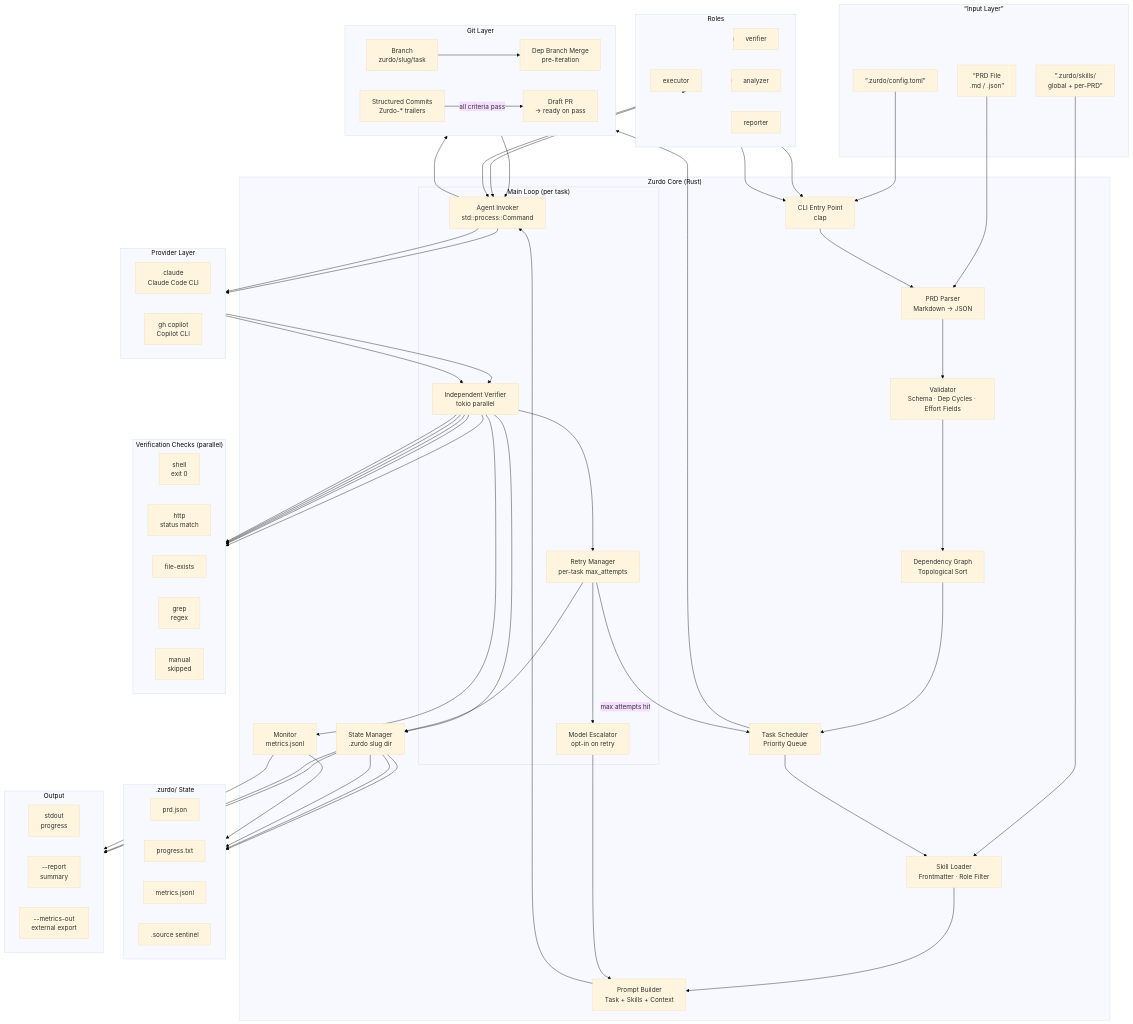
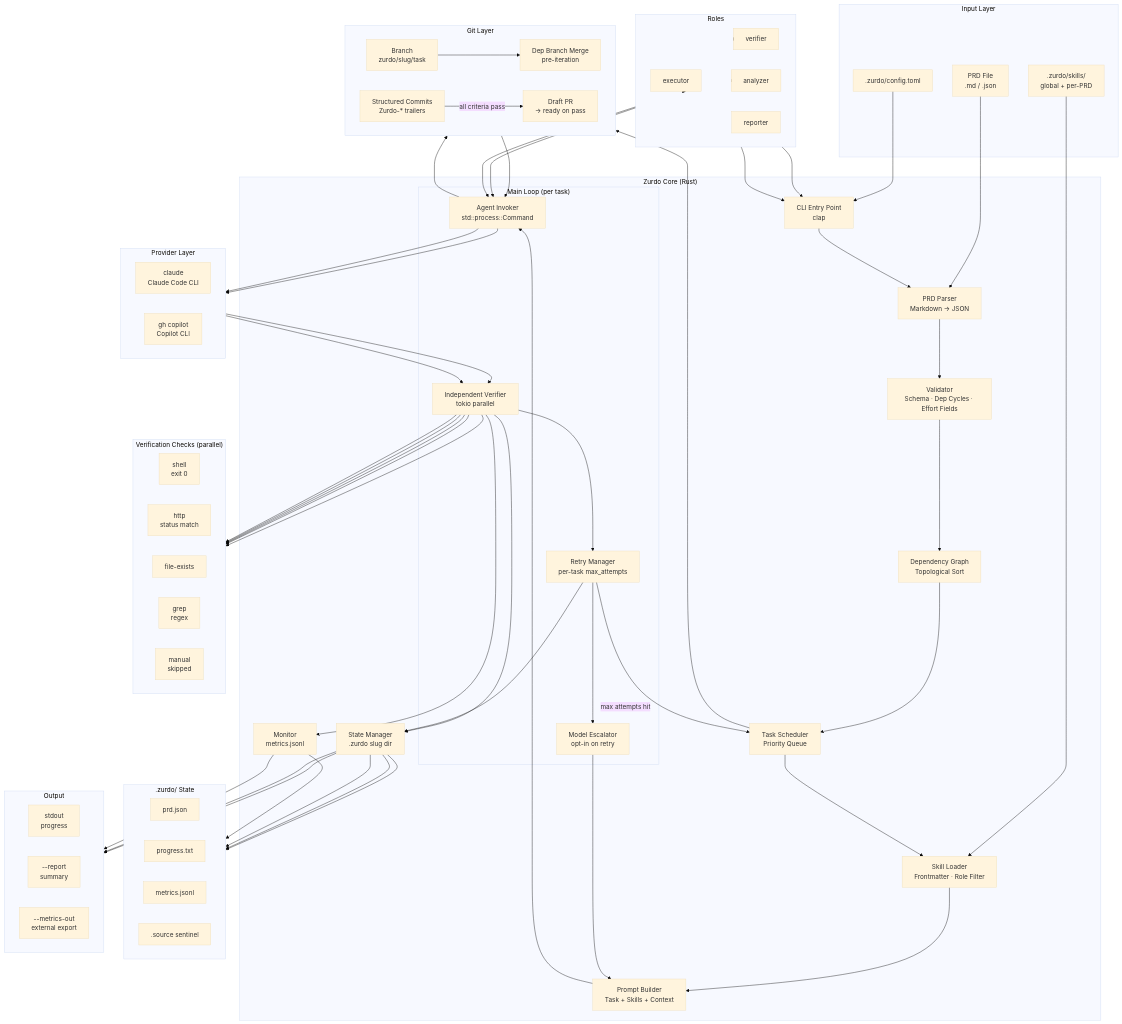
Before and after one commit to ElOrlis/zurdo: the diagram in specs/architecture.md, drawn with Mermaid (base theme).

````diff
--- a/specs/architecture.md
+++ b/specs/architecture.md
@@ -1,113 +1,113 @@
 ```mermaid
 flowchart TD
-subgraph INPUT[“Input Layer”]
-PRD[“PRD File\n.md / .json”]
-CONFIG[”.zurdo/config.toml”]
-SKILLS[”.zurdo/skills/\nglobal + per-PRD”]
-end
-
-subgraph CORE["Zurdo Core (Rust)"]
-    CLI["CLI Entry Point\nclap"]
-    PARSER["PRD Parser\nMarkdown → JSON"]
-    VALIDATOR["Validator\nSchema · Dep Cycles · Effort Fields"]
-    DEPGRAPH["Dependency Graph\nTopological Sort"]
-    SCHEDULER["Task Scheduler\nPriority Queue"]
-    SKILLLOADER["Skill Loader\nFrontmatter · Role Filter"]
-    PROMPTBUILDER["Prompt Builder\nTask + Skills + Context"]
-
-    subgraph LOOP["Main Loop (per task)"]
-        AGENT["Agent Invoker\nstd::process::Command"]
-        VERIFIER["Independent Verifier\ntokio parallel"]
-        RETRY["Retry Manager\nper-task max_attempts"]
-        ESCALATOR["Model Escalator\nopt-in on retry"]
+    subgraph INPUT["Input Layer"]
+        PRD["PRD File\n.md / .json"]
+        CONFIG[".zurdo/config.toml"]
+        SKILLS[".zurdo/skills/\nglobal + per-PRD"]
     end
 
-    STATEMGR["State Manager\n.zurdo slug dir"]
-    MONITOR["Monitor\nmetrics.jsonl"]
-end
+    subgraph CORE["Zurdo Core (Rust)"]
+        CLI["CLI Entry Point\nclap"]
+        PARSER["PRD Parser\nMarkdown → JSON"]
+        VALIDATOR["Validator\nSchema · Dep Cycles · Effort Fields"]
+        DEPGRAPH["Dependency Graph\nTopological Sort"]
+        SCHEDULER["Task Scheduler\nPriority Queue"]
+        SKILLLOADER["Skill Loader\nFrontmatter · Role Filter"]
+        PROMPTBUILDER["Prompt Builder\nTask + Skills + Context"]
 
-subgraph PROVIDERS["Provider Layer"]
-    direction LR
-    CLAUDE["claude\nClaude Code CLI"]
-    COPILOT["gh copilot\nCopilot CLI"]
-end
+        subgraph LOOP["Main Loop (per task)"]
+            AGENT["Agent Invoker\nstd::process::Command"]
+            VERIFIER["Independent Verifier\ntokio parallel"]
+            RETRY["Retry Manager\nper-task max_attempts"]
+            ESCALATOR["Model Escalator\nopt-in on retry"]
+        end
 
-subgraph ROLES["Roles"]
-    direction LR
-    EXECUTOR["executor"]
-    VERIFIERROLE["verifier"]
-    ANALYZER["analyzer"]
-    REPORTER["reporter"]
-end
+        STATEMGR["State Manager\n.zurdo slug dir"]
+        MONITOR["Monitor\nmetrics.jsonl"]
+    end
 
-subgraph CHECKS["Verification Checks (parallel)"]
-    direction LR
-    SHELL["shell\nexit 0"]
-    HTTP["http\nstatus match"]
-    FILECHECK["file-exists"]
-    GREP["grep\nregex"]
-    MANUAL["manual\nskipped"]
-end
+    subgraph PROVIDERS["Provider Layer"]
+        direction LR
+        CLAUDE["claude\nClaude Code CLI"]
+        COPILOT["gh copilot\nCopilot CLI"]
+    end
+	
+	subgraph ROLES["Roles"]
+        direction LR
+        EXECUTOR["executor"]
+        VERIFIERROLE["verifier"]
+        ANALYZER["analyzer"]
+        REPORTER["reporter"]
+    end
 
-subgraph GIT["Git Layer"]
-    direction LR
-    BRANCH["Branch\nzurdo/slug/task"]
-    COMMIT["Structured Commits\nZurdo-* trailers"]
-    PR["Draft PR\n→ ready on pass"]
-    DEPMERGE["Dep Branch Merge\npre-iteration"]
-end
+    subgraph CHECKS["Verification Checks (parallel)"]
+        direction LR
+        SHELL["shell\nexit 0"]
+        HTTP["http\nstatus match"]
+        FILECHECK["file-exists"]
+        GREP["grep\nregex"]
+        MANUAL["manual\nskipped"]
+    end
 
-subgraph STATE[".zurdo/ State"]
-    direction LR
-    PRDJSON["prd.json"]
-    PROGRESS["progress.txt"]
-    METRICS["metrics.jsonl"]
-    SOURCE[".source sentinel"]
-end
+    subgraph GIT["Git Layer"]
+        direction LR
+        BRANCH["Branch\nzurdo/slug/task"]
+        COMMIT["Structured Commits\nZurdo-* trailers"]
+        PR["Draft PR\n→ ready on pass"]
+        DEPMERGE["Dep Branch Merge\npre-iteration"]
+    end
 
-subgraph OUTPUT["Output"]
-    direction LR
-    STDOUT["stdout\nprogress"]
-    REPORT["--report\nsummary"]
-    METRICSOUT["--metrics-out\nexternal export"]
-end
+    subgraph STATE[".zurdo/ State"]
+        direction LR
+        PRDJSON["prd.json"]
+        PROGRESS["progress.txt"]
+        METRICS["metrics.jsonl"]
+        SOURCE[".source sentinel"]
+    end
 
-PRD --> PARSER
-CONFIG --> CLI
-SKILLS --> SKILLLOADER
-CLI --> PARSER
-PARSER --> VALIDATOR
-VALIDATOR --> DEPGRAPH
-DEPGRAPH --> SCHEDULER
-SCHEDULER --> SKILLLOADER
-SKILLLOADER --> PROMPTBUILDER
-PROMPTBUILDER --> AGENT
+	subgraph OUTPUT["Output"]
+        direction LR
+        STDOUT["stdout\nprogress"]
+        REPORT["--report\nsummary"]
+        METRICSOUT["--metrics-out\nexternal export"]
+    end
 
-ROLES --> EXECUTOR & VERIFIERROLE & ANALYZER & REPORTER
-EXECUTOR & VERIFIERROLE --> AGENT
-ANALYZER --> CLI
-REPORTER --> CLI
+    PRD --> PARSER
+    CONFIG --> CLI
+    SKILLS --> SKILLLOADER
+    CLI --> PARSER
+    PARSER --> VALIDATOR
+    VALIDATOR --> DEPGRAPH
+    DEPGRAPH --> SCHEDULER
+    SCHEDULER --> SKILLLOADER
+    SKILLLOADER --> PROMPTBUILDER
+    PROMPTBUILDER --> AGENT
 
-AGENT --> CLAUDE & COPILOT
-CLAUDE & COPILOT --> VERIFIER
+    ROLES --> EXECUTOR & VERIFIERROLE & ANALYZER & REPORTER
+    EXECUTOR & VERIFIERROLE --> AGENT
+    ANALYZER --> CLI
+    REPORTER --> CLI
 
-VERIFIER --> SHELL & HTTP & FILECHECK & GREP & MANUAL
-VERIFIER --> RETRY
-RETRY --> ESCALATOR
-ESCALATOR --> PROMPTBUILDER
-RETRY -->|max attempts hit| SCHEDULER
+    AGENT --> CLAUDE & COPILOT
+    CLAUDE & COPILOT --> VERIFIER
 
-SCHEDULER --> BRANCH
-BRANCH --> DEPMERGE
-DEPMERGE --> AGENT
-AGENT --> COMMIT
-COMMIT -->|all criteria pass| PR
+    VERIFIER --> SHELL & HTTP & FILECHECK & GREP & MANUAL
+    VERIFIER --> RETRY
+    RETRY --> ESCALATOR
+    ESCALATOR --> PROMPTBUILDER
+    RETRY -->|max attempts hit| SCHEDULER
 
-VERIFIER --> STATEMGR & MONITOR
-RETRY --> STATEMGR
-STATEMGR --> PRDJSON & PROGRESS & SOURCE
-MONITOR --> METRICS
+	SCHEDULER --> BRANCH
+    BRANCH --> DEPMERGE
+    DEPMERGE --> AGENT
+    AGENT --> COMMIT
+    COMMIT -->|all criteria pass| PR
 
-STATEMGR --> STDOUT & REPORT
-MONITOR --> METRICSOUT
+    VERIFIER --> STATEMGR & MONITOR
+    RETRY --> STATEMGR
+    STATEMGR --> PRDJSON & PROGRESS & SOURCE
+    MONITOR --> METRICS
+
+    STATEMGR --> STDOUT & REPORT
+    MONITOR --> METRICSOUT
 ```
````
